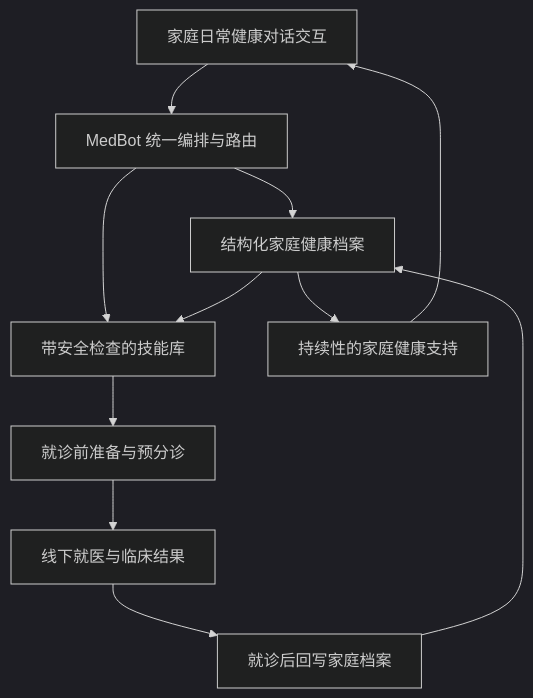
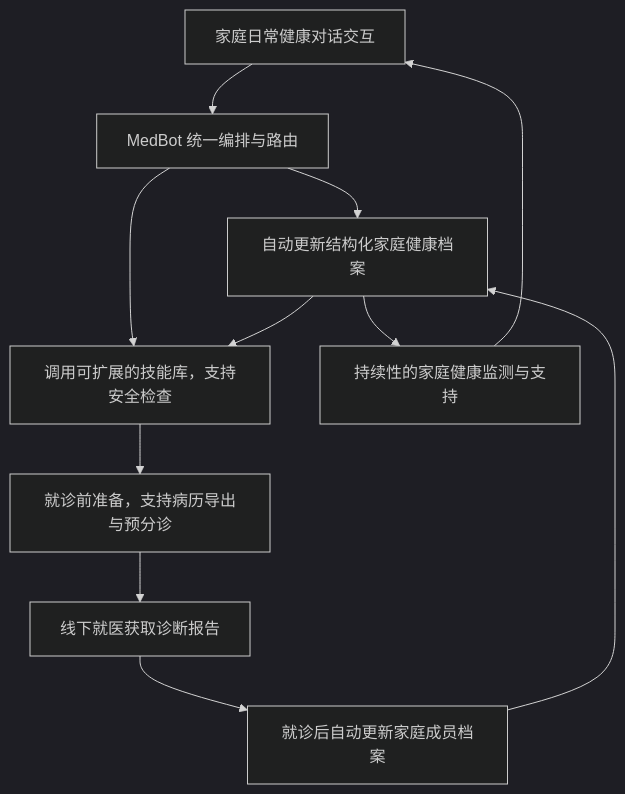
Before and after one commit to SirryChen/medbot: the diagram in README-zh.md, drawn with Mermaid (dark theme). The commit also changed other lines of this file and 2 other files, not shown here.

````diff
--- a/README-zh.md
+++ b/README-zh.md
@@ -65,13 +65,13 @@
 ```mermaid
 flowchart TD
     A[家庭日常健康对话交互] --> B[MedBot 统一编排与路由]
-    B --> C[结构化家庭健康档案]
-    B --> D[带安全检查的技能库]
+    B --> C[自动更新结构化家庭健康档案]
+    B --> D[调用可扩展的技能库，支持安全检查]
     C --> D
-    D --> F[就诊前准备与预分诊]
-    F --> G[线下就医与临床结果]
-    G --> H[就诊后回写家庭档案]
+    D --> F[就诊前准备，支持病历导出与预分诊]
+    F --> G[线下就医获取诊断报告]
+    G --> H[就诊后自动更新家庭成员档案]
     H --> C
-    C --> I[持续性的家庭健康支持]
+    C --> I[持续性的家庭健康监测与支持]
     I --> A
 ```
````
